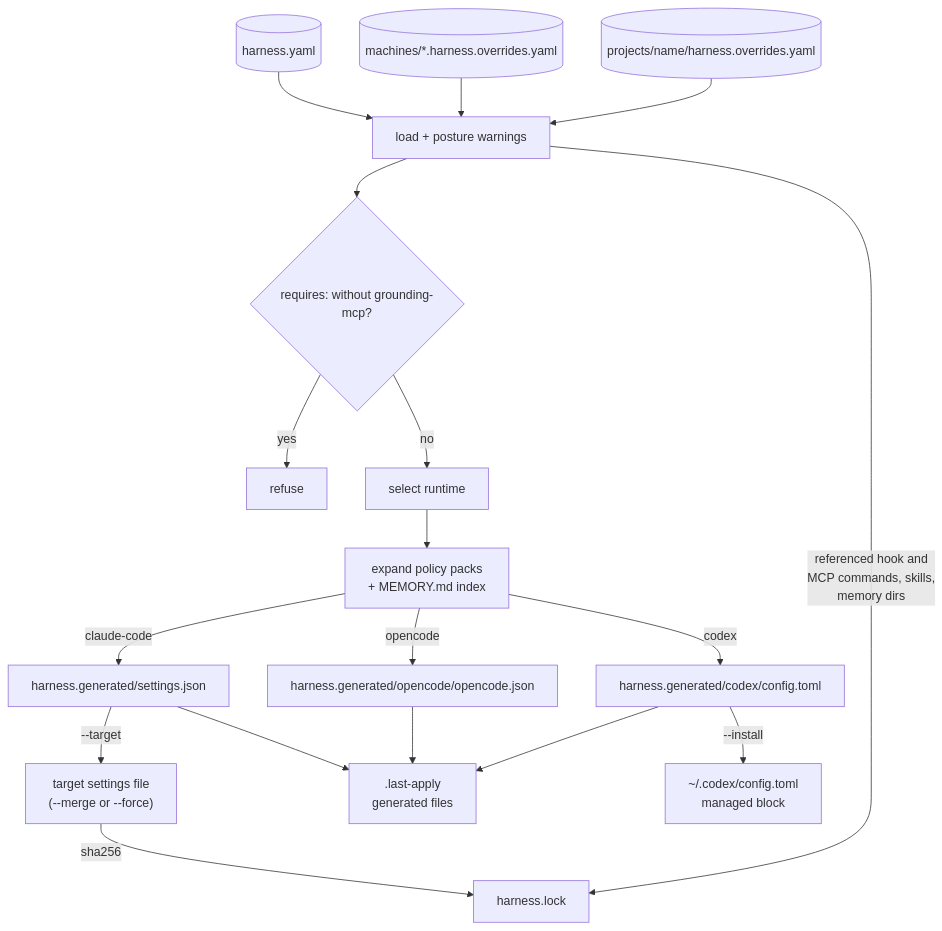
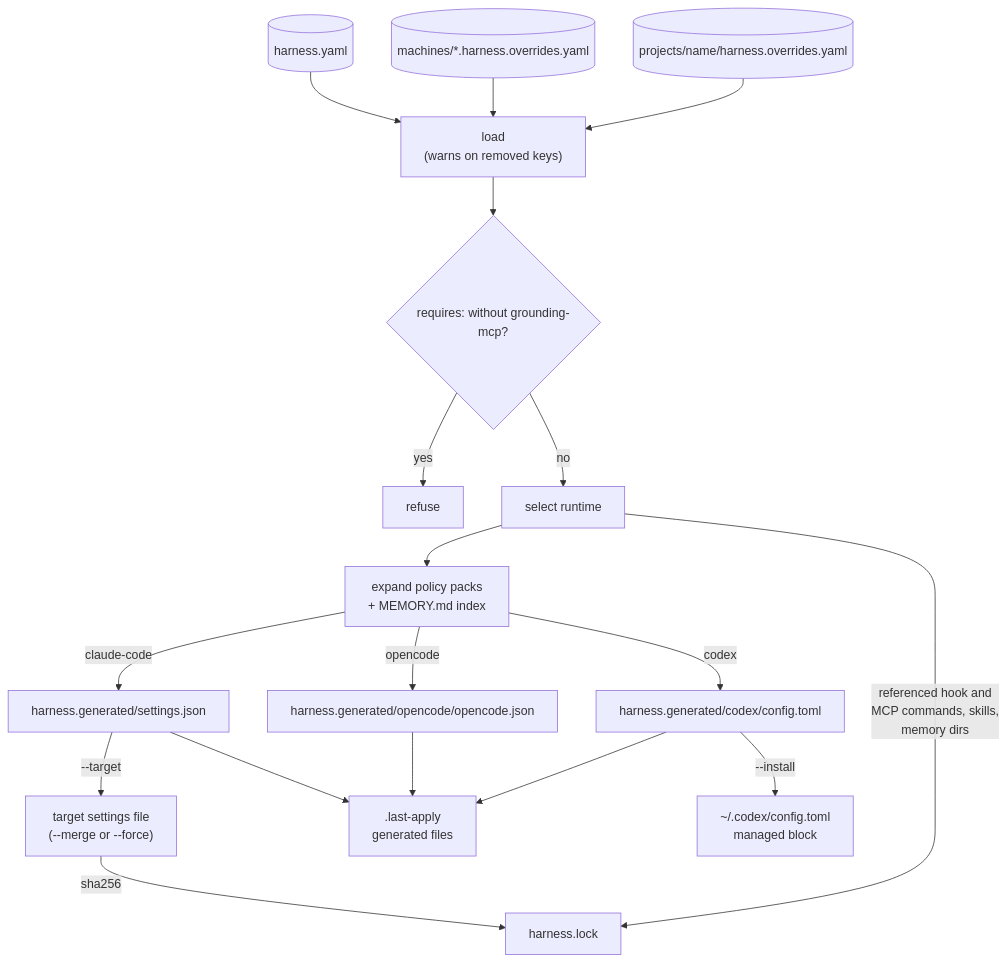
Before and after one commit to LanNguyenSi/harness: the second of 2 diagrams in docs/for-humans.md, drawn with Mermaid. The commit also changed other lines of this file and 7 other files, not shown here.

````diff
--- a/docs/for-humans.md
+++ b/docs/for-humans.md
@@ -164,20 +167,20 @@
 ```mermaid
 flowchart TD
   BASE[("harness.yaml")] --> LOAD
   MACH[("machines/*.harness.overrides.yaml")] --> LOAD
   PROJ[("projects/name/harness.overrides.yaml")] --> LOAD
-  LOAD["load + posture warnings"] --> GATE{"requires: without grounding-mcp?"}
+  LOAD["load<br/>(warns on removed keys)"] --> GATE{"requires: without grounding-mcp?"}
   GATE -->|yes| STOP["refuse"]
   GATE -->|no| RT["select runtime"]
   RT --> PACKS["expand policy packs<br/>+ MEMORY.md index"]
   PACKS -->|claude-code| SET["harness.generated/settings.json"]
   PACKS -->|opencode| OC["harness.generated/opencode/opencode.json"]
   PACKS -->|codex| CODEX["harness.generated/codex/config.toml"]
   SET -->|"--target"| TGT["target settings file<br/>(--merge or --force)"]
   SET --> LAST[".last-apply<br/>generated files"]
   OC --> LAST
   CODEX --> LAST
   CODEX -->|"--install"| INST["~/.codex/config.toml<br/>managed block"]
-  LOAD -->|"referenced hook and<br/>MCP commands, skills,<br/>memory dirs"| LOCK["harness.lock"]
+  RT -->|"referenced hook and<br/>MCP commands, skills,<br/>memory dirs"| LOCK["harness.lock"]
   TGT -->|"sha256"| LOCK
 ```
````
